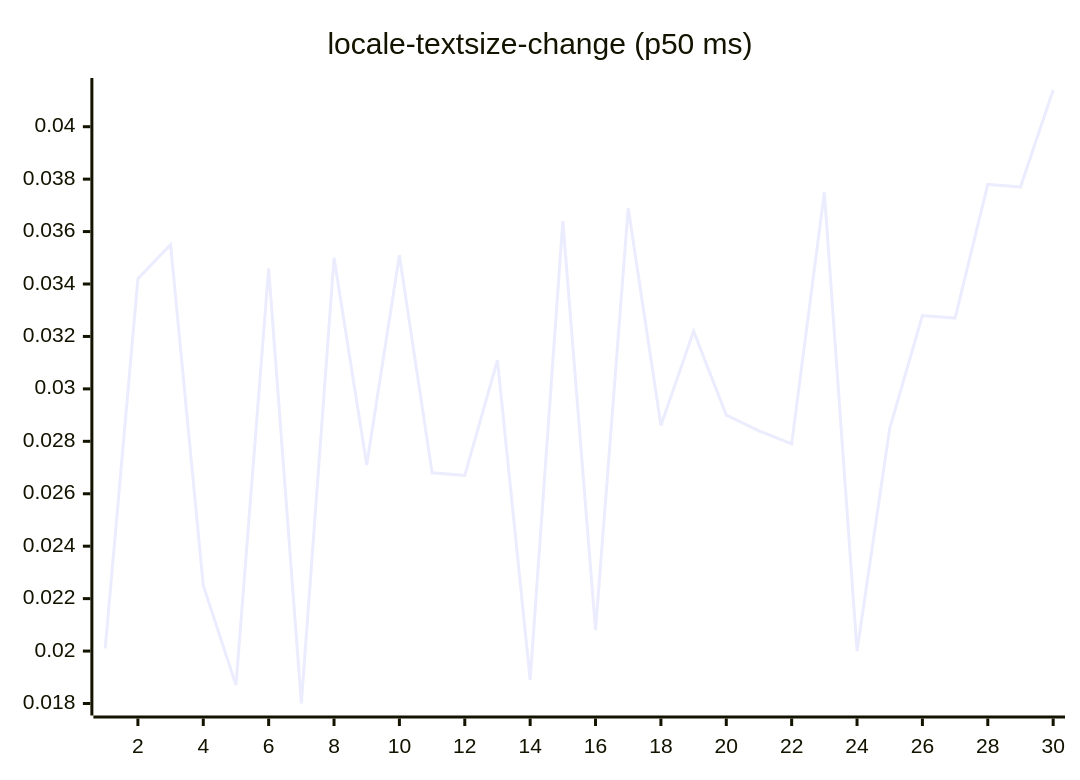
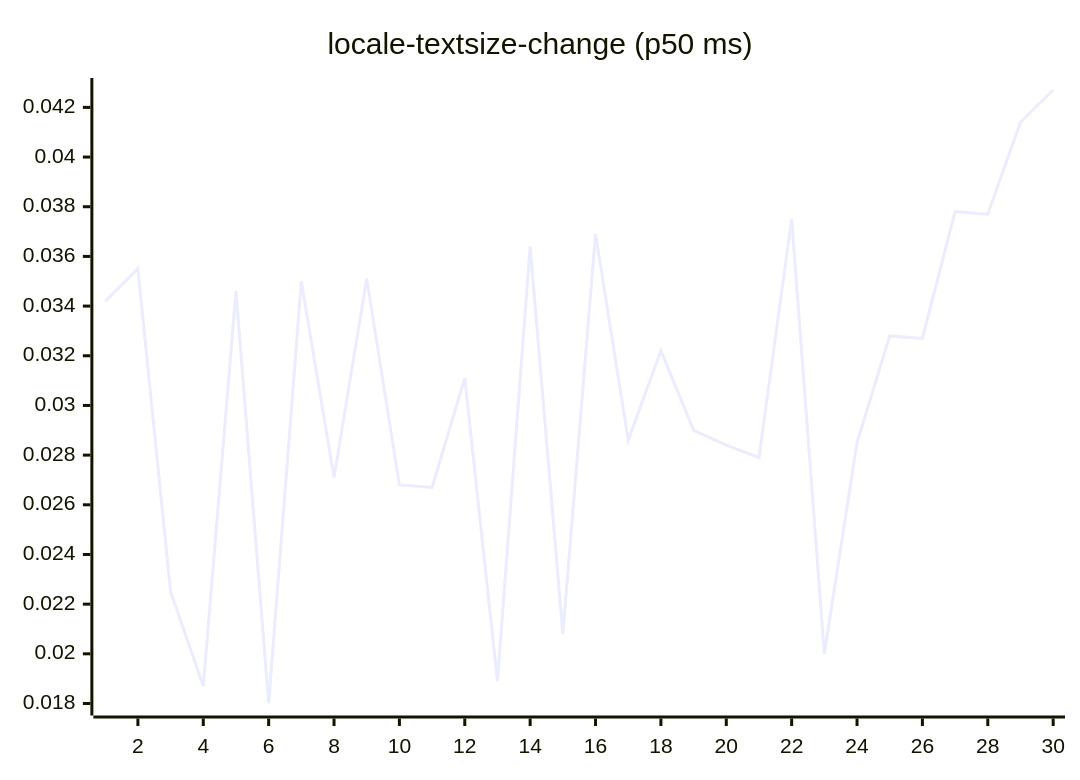
Diagram 13 of 27 in README.md (josha/Facet), drawn with Mermaid before and after one commit. The commit also changed other lines of this file and 2 other files, not shown here.

````diff
--- a/README.md
+++ b/README.md
@@ -147,6 +147,6 @@
 ```mermaid
 xychart-beta
     title "locale-textsize-change (p50 ms)"
     x-axis 1 --> 30
-    line [0.0201, 0.0342, 0.0355, 0.0225, 0.0187, 0.0346, 0.0180, 0.0350, 0.0271, 0.0351, 0.0268, 0.0267, 0.0311, 0.0189, 0.0364, 0.0208, 0.0369, 0.0286, 0.0322, 0.0290, 0.0284, 0.0279, 0.0375, 0.0200, 0.0285, 0.0328, 0.0327, 0.0378, 0.0377, 0.0414]
+    line [0.0342, 0.0355, 0.0225, 0.0187, 0.0346, 0.0180, 0.0350, 0.0271, 0.0351, 0.0268, 0.0267, 0.0311, 0.0189, 0.0364, 0.0208, 0.0369, 0.0286, 0.0322, 0.0290, 0.0284, 0.0279, 0.0375, 0.0200, 0.0285, 0.0328, 0.0327, 0.0378, 0.0377, 0.0414, 0.0427]
 ```
````
